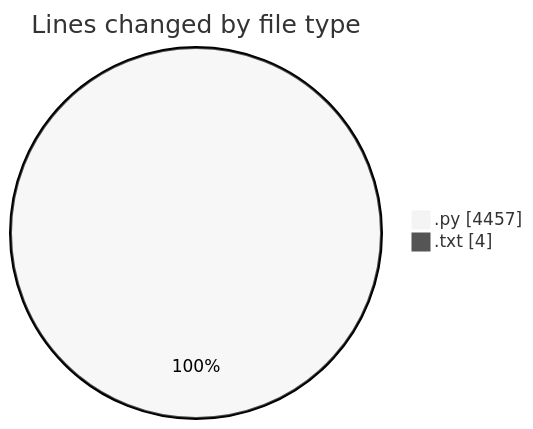
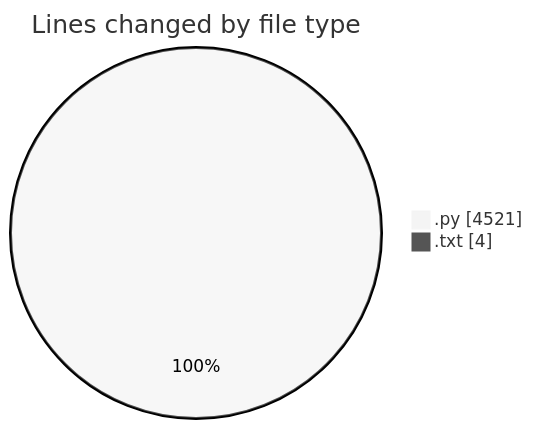
The first of 2 diagrams in 2025-06-01/video_app/README.md (CELIANVF/code-tracking), drawn with Mermaid (neutral theme) before and after one commit. The commit also changed other lines of this file and 1 other file, not shown here.

````diff
--- a/2025-06-01/video_app/README.md
+++ b/2025-06-01/video_app/README.md
@@ -28,6 +29,6 @@
 ```mermaid
 pie showData
 title Lines changed by file type
-".py" : 4457
+".py" : 4521
 ".txt" : 4
 ```
````
